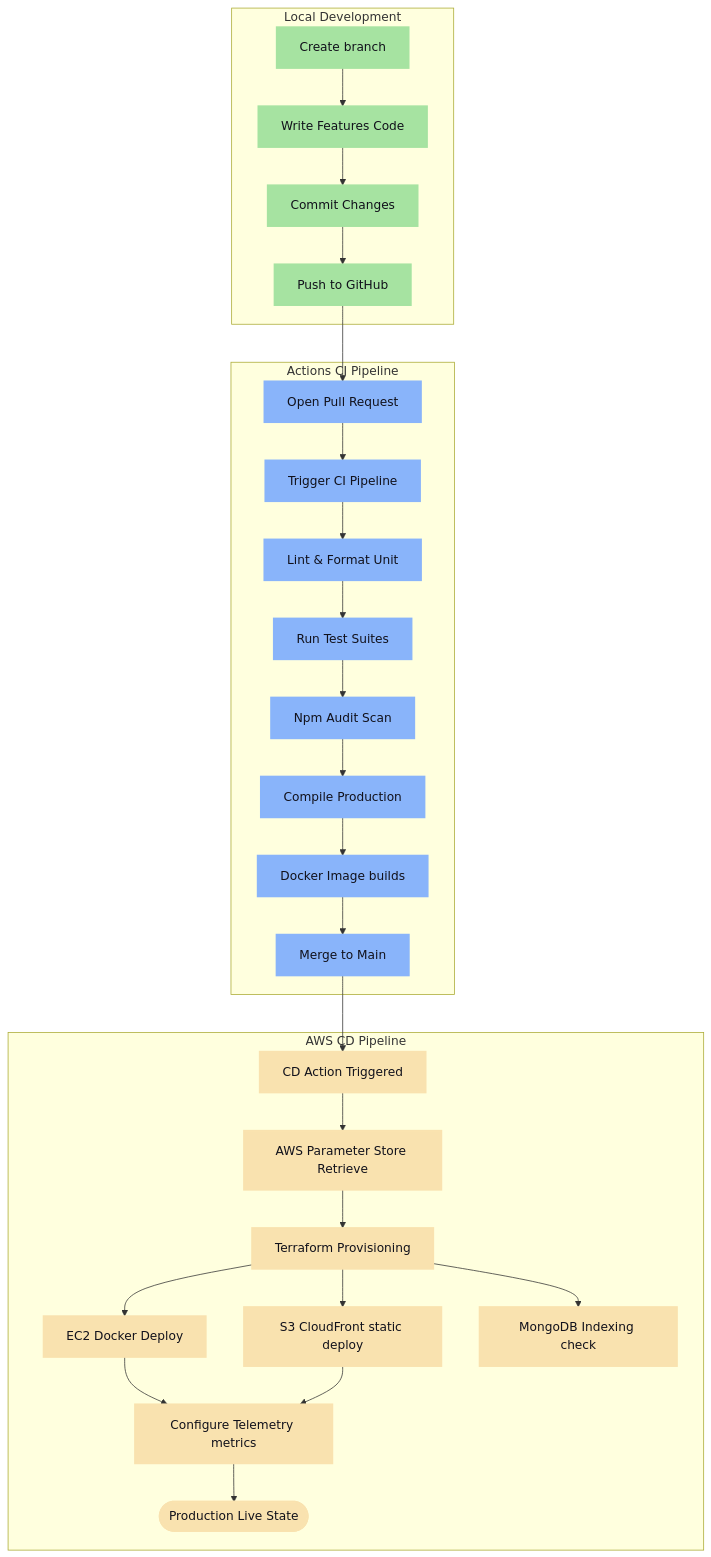
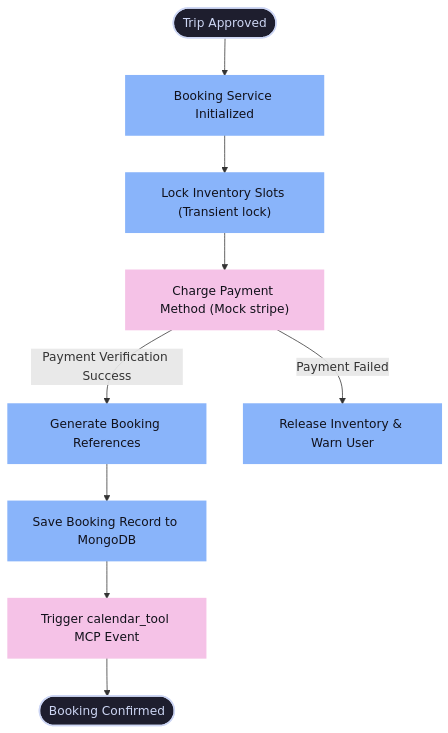
Before and after one commit to Dhayananth1511/CapStoneProject_Presidio_InternShip: the seventh of 12 diagrams in README.md, drawn with Mermaid. The commit also changed other lines of this file, not shown here.

Commit message:
Final Flow Chart

````diff
--- a/README.md
+++ b/README.md
@@ -269,53 +590,17 @@
 ```mermaid
 graph TD
     classDef default fill:#1e1e2e,stroke:#cdd6f4,stroke-width:2px,color:#cdd6f4;
-    classDef local fill:#a6e3a1,stroke:#a6e3a1,stroke-width:2px,color:#11111b;
-    classDef ci fill:#89b4fa,stroke:#89b4fa,stroke-width:2px,color:#11111b;
-    classDef cd fill:#f9e2af,stroke:#f9e2af,stroke-width:2px,color:#11111b;
+    classDef step fill:#89b4fa,stroke:#89b4fa,stroke-width:2px,color:#11111b;
+    classDef api fill:#f5c2e7,stroke:#f5c2e7,stroke-width:2px,color:#11111b;
+
+    ApprovedState(["Trip Approved"]) --> InitAuth["Booking Service Initialized"]:::step
+    InitAuth --> LockInventory["Lock Inventory Slots (Transient lock)"]:::step
     
-    subgraph Local ["Local Development"]
-        Branch["Create branch"]:::local
-        Dev["Write Features Code"]:::local
-        Commit["Commit Changes"]:::local
-        Push["Push to GitHub"]:::local
-        
-        Branch --> Dev --> Commit --> Push
-    end
+    LockInventory --> PayGateway["Charge Payment Method (Mock stripe)"]:::api
+    PayGateway -->|Payment Verification Success| CreateRefs["Generate Booking References"]:::step
+    PayGateway -->|Payment Failed| Rollback["Release Inventory & Warn User"]:::step
     
-    subgraph CI ["Actions CI Pipeline"]
-        PR["Open Pull Request"]:::ci
-        GA["Trigger CI Pipeline"]:::ci
-        LintFormatter["Lint & Format Unit"]:::ci
-        Tests["Run Test Suites"]:::ci
-        SecurityScan["Npm Audit Scan"]:::ci
-        Build["Compile Production"]:::ci
-        Docker["Docker Image builds"]:::ci
-        Merge["Merge to Main"]:::ci
-        
-        PR --> GA --> LintFormatter --> Tests --> SecurityScan --> Build --> Docker --> Merge
-    end
-    
-    subgraph CD ["AWS CD Pipeline"]
-        TriggerCD["CD Action Triggered"]:::cd
-        SecretsRetrieve["AWS Parameter Store Retrieve"]:::cd
-        Terraform["Terraform Provisioning"]:::cd
-        
-        DepBack["EC2 Docker Deploy"]:::cd
-        DepFront["S3 CloudFront static deploy"]:::cd
-        DB["MongoDB Indexing check"]:::cd
-        CloudWatch["Configure Telemetry metrics"]:::cd
-        Prod(["Production Live State"]):::cd
-        
-        TriggerCD --> SecretsRetrieve --> Terraform
-        Terraform --> DepBack
-        Terraform --> DepFront
-        Terraform --> DB
-        
-        DepBack --> CloudWatch
-        DepFront --> CloudWatch
-        CloudWatch --> Prod
-    end
-
-    Push --> PR
-    Merge --> TriggerCD
+    CreateRefs --> WriteDB["Save Booking Record to MongoDB"]:::step
+    WriteDB --> TriggerSync["Trigger calendar_tool MCP Event"]:::api
+    TriggerSync --> Completed(["Booking Confirmed"])
 ```
````
